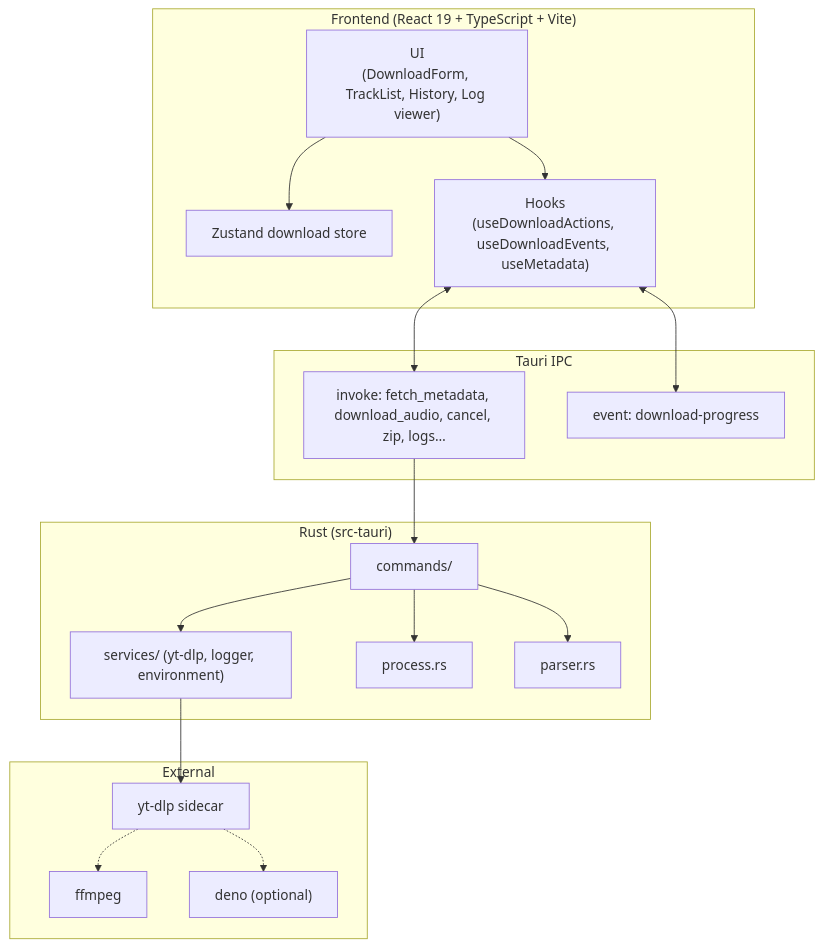
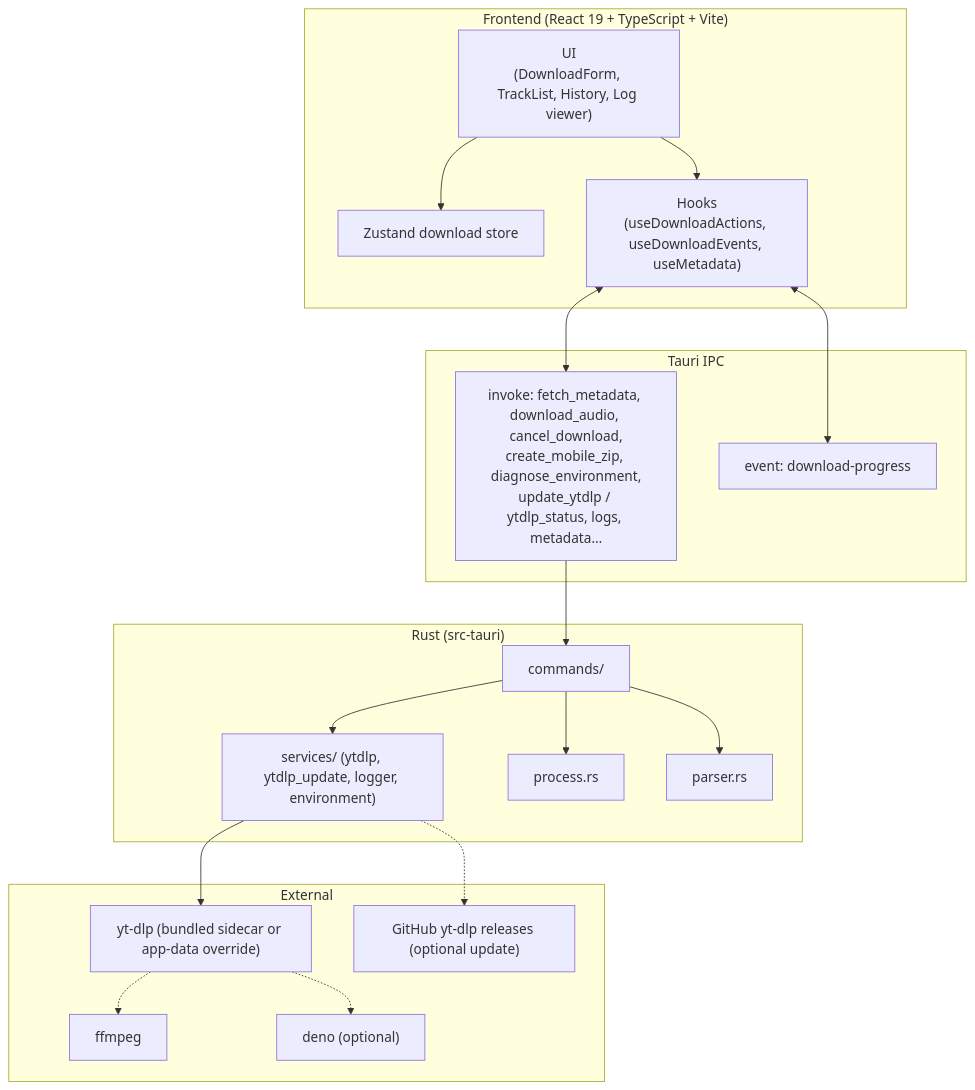
One commit to s4ngwoo/youtube-playlist-downloader changed the diagram in README.md. Above: the diagram before and after it, drawn with Mermaid. The commit also changed other lines of this file and 10 other files, not shown here.

````diff
--- a/README.md
+++ b/README.md
@@ -103,38 +109,40 @@
 ```mermaid
 flowchart TB
     subgraph Frontend["Frontend (React 19 + TypeScript + Vite)"]
         UI["UI\n(DownloadForm, TrackList, History, Log viewer)"]
         Store["Zustand download store"]
         Hooks["Hooks\n(useDownloadActions, useDownloadEvents, useMetadata)"]
     end
 
     subgraph IPC["Tauri IPC"]
-        Invoke["invoke: fetch_metadata, download_audio, cancel, zip, logs…"]
+        Invoke["invoke: fetch_metadata, download_audio, cancel_download,\ncreate_mobile_zip, diagnose_environment,\nupdate_ytdlp / ytdlp_status, logs, metadata…"]
         Listen["event: download-progress"]
     end
 
     subgraph Backend["Rust (src-tauri)"]
         Commands["commands/"]
-        Services["services/ (yt-dlp, logger, environment)"]
+        Services["services/ (ytdlp, ytdlp_update, logger, environment)"]
         Process["process.rs"]
         Parser["parser.rs"]
     end
 
     subgraph External["External"]
-        YTDLP["yt-dlp sidecar"]
+        YTDLP["yt-dlp (bundled sidecar or app-data override)"]
         FFMPEG["ffmpeg"]
         DENO["deno (optional)"]
+        GH["GitHub yt-dlp releases (optional update)"]
     end
 
     UI --> Store
     UI --> Hooks
     Hooks <--> Invoke
     Hooks <--> Listen
     Invoke --> Commands
     Commands --> Services
     Commands --> Process
     Commands --> Parser
     Services --> YTDLP
+    Services -.-> GH
     YTDLP -.-> FFMPEG
     YTDLP -.-> DENO
 ```
````
